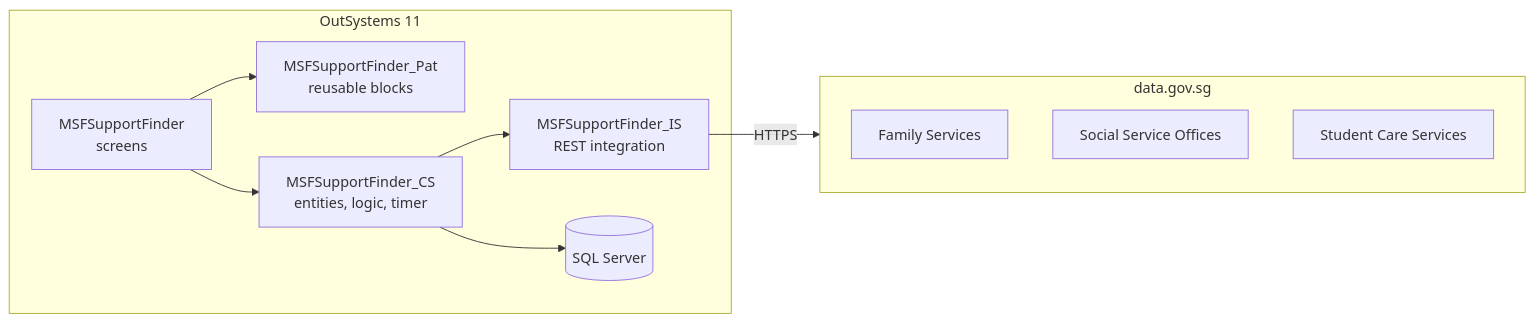
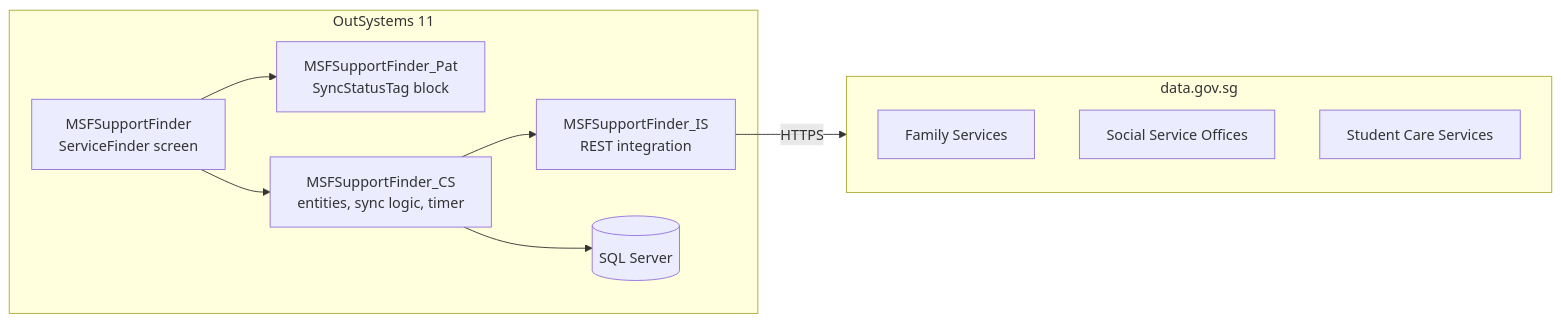
Before and after one commit to MarcGenesisPantoja/MSF_TechnicalExam: the first of 4 diagrams in README.md, drawn with Mermaid. The commit also changed other lines of this file and 8 other files, not shown here.

First line of the commit message:
Scope the build to the service directory and its sync pipeline

````diff
--- a/README.md
+++ b/README.md
@@ -62,22 +62,22 @@
 ```mermaid
 flowchart LR
     subgraph DGS[data.gov.sg]
         FSC[Family Services]
         SSO[Social Service Offices]
         SCC[Student Care Services]
     end
 
     subgraph OS[OutSystems 11]
-        UI[MSFSupportFinder<br/>screens]
-        PAT[MSFSupportFinder_Pat<br/>reusable blocks]
-        CS[MSFSupportFinder_CS<br/>entities, logic, timer]
-        IS[MSFSupportFinder_IS<br/>REST integration]
+        UI["MSFSupportFinder<br/>ServiceFinder screen"]
+        PAT["MSFSupportFinder_Pat<br/>SyncStatusTag block"]
+        CS["MSFSupportFinder_CS<br/>entities, sync logic, timer"]
+        IS["MSFSupportFinder_IS<br/>REST integration"]
         DB[(SQL Server)]
     end
 
     UI --> PAT
     UI --> CS
     CS --> IS
     CS --> DB
     IS -- HTTPS --> DGS
 ```
````
